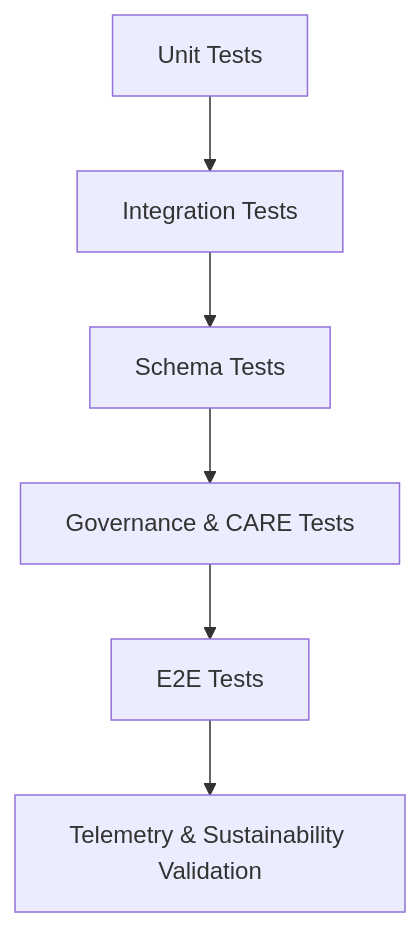
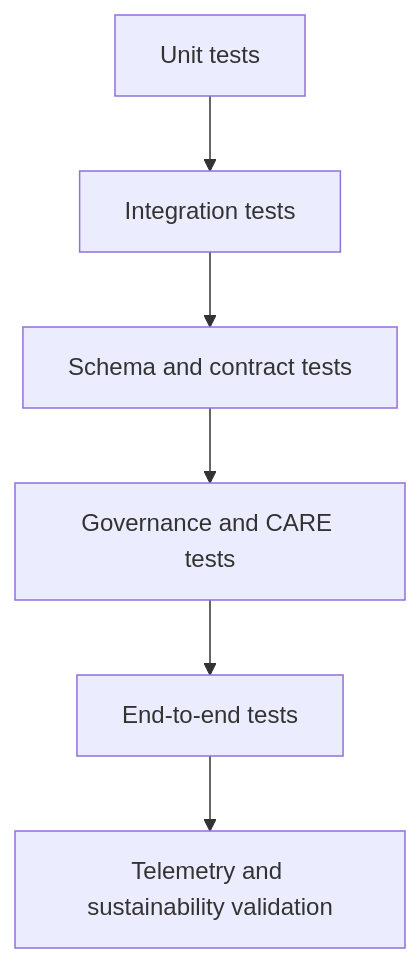
Before and after one commit to bartytime4life/Kansas-Frontier-Matrix: the first of 2 diagrams in tests/ARCHITECTURE.md, drawn with Mermaid. The commit also changed other lines of this file, not shown here.

First line of the commit message:
Revise ARCHITECTURE.md for version 11 updates

````diff
--- a/tests/ARCHITECTURE.md
+++ b/tests/ARCHITECTURE.md
@@ -133,8 +195,8 @@
-```mermaid
+~~~mermaid
 flowchart TD
-  A["Unit Tests"] --> B["Integration Tests"]
-  B --> C["Schema Tests"]
-  C --> D["Governance & CARE Tests"]
-  D --> E["E2E Tests"]
-  E --> F["Telemetry & Sustainability Validation"]
-```
+  A["Unit tests"] --> B["Integration tests"]
+  B --> C["Schema and contract tests"]
+  C --> D["Governance and CARE tests"]
+  D --> E["End-to-end tests"]
+  E --> F["Telemetry and sustainability validation"]
+~~~
````
